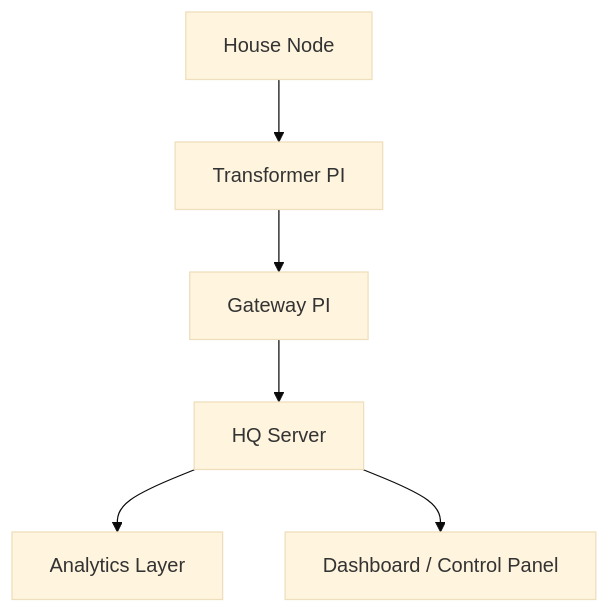
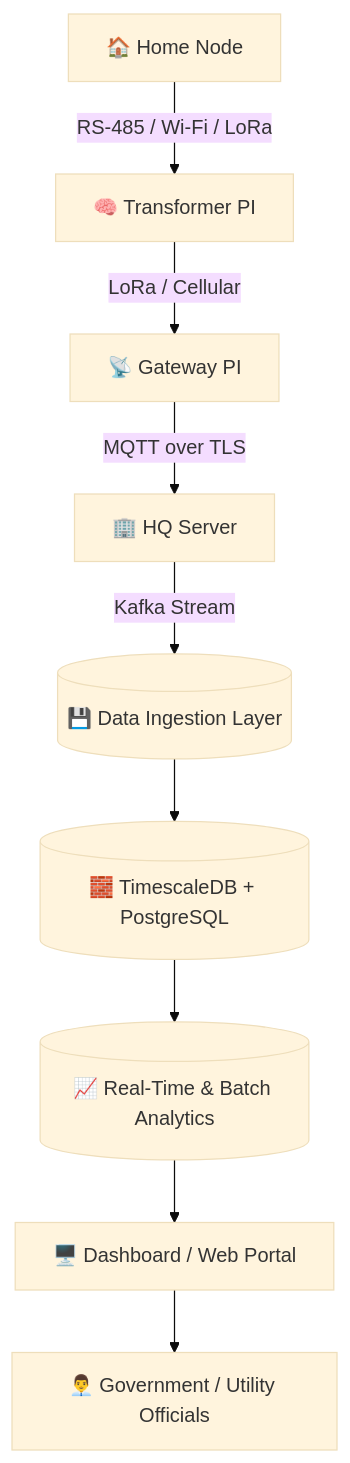
One commit to GOKULRAM-K/SmartPhase changed the diagram in README.md. Above: the diagram before and after it, drawn with Mermaid (base theme). The commit also changed other lines of this file, not shown here.

````diff
--- a/README.md
+++ b/README.md
@@ -193,9 +221,12 @@
 ```mermaid
 graph TD
-  A[House Node] --> B[Transformer PI]
-  B --> C[Gateway PI]
-  C --> D[HQ Server]
-  D --> E[Analytics Layer]
-  D --> F[Dashboard / Control Panel]
+  A[🏠 Home Node] -->|RS-485 / Wi-Fi / LoRa| B[🧠 Transformer PI]
+  B -->|LoRa / Cellular| C[📡 Gateway PI]
+  C -->|MQTT over TLS| D[🏢 HQ Server]
+  D -->|Kafka Stream| E[(💾 Data Ingestion Layer)]
+  E --> F[(🧱 TimescaleDB + PostgreSQL)]
+  F --> G[(📈 Real-Time & Batch Analytics)]
+  G --> H[🖥️ Dashboard / Web Portal]
+  H --> I[👨‍💼 Government / Utility Officials]
 
 ```
````
